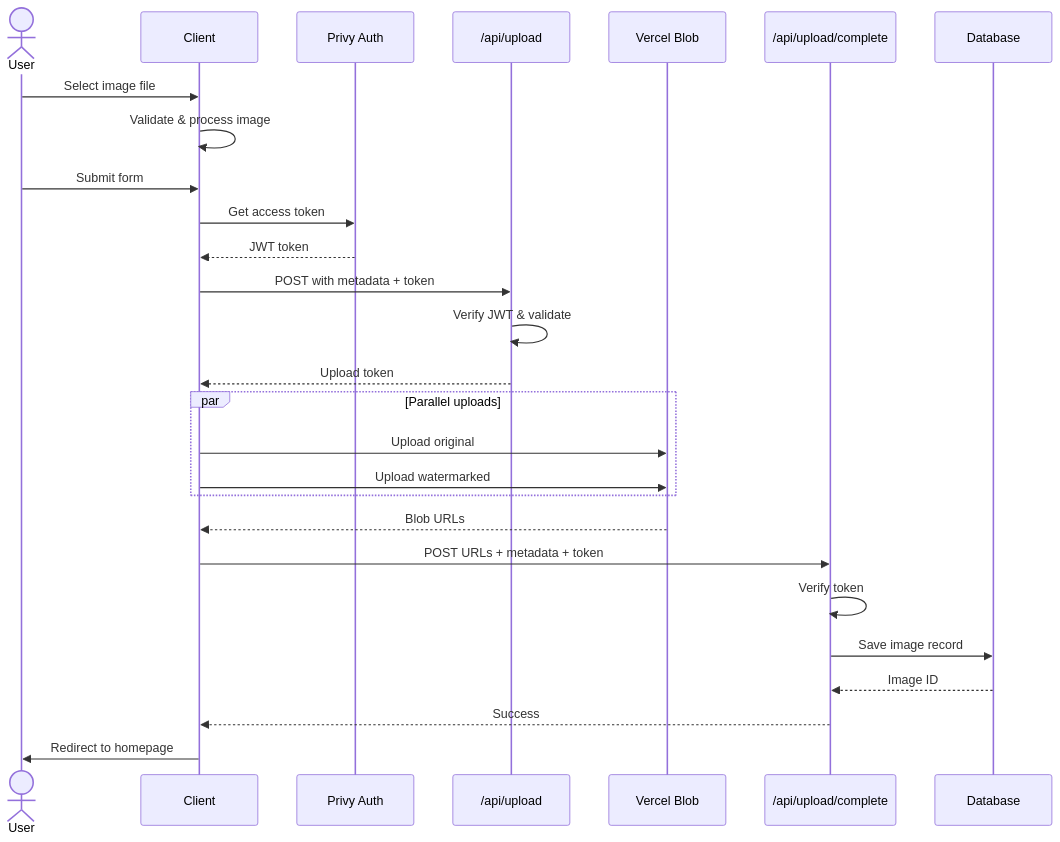
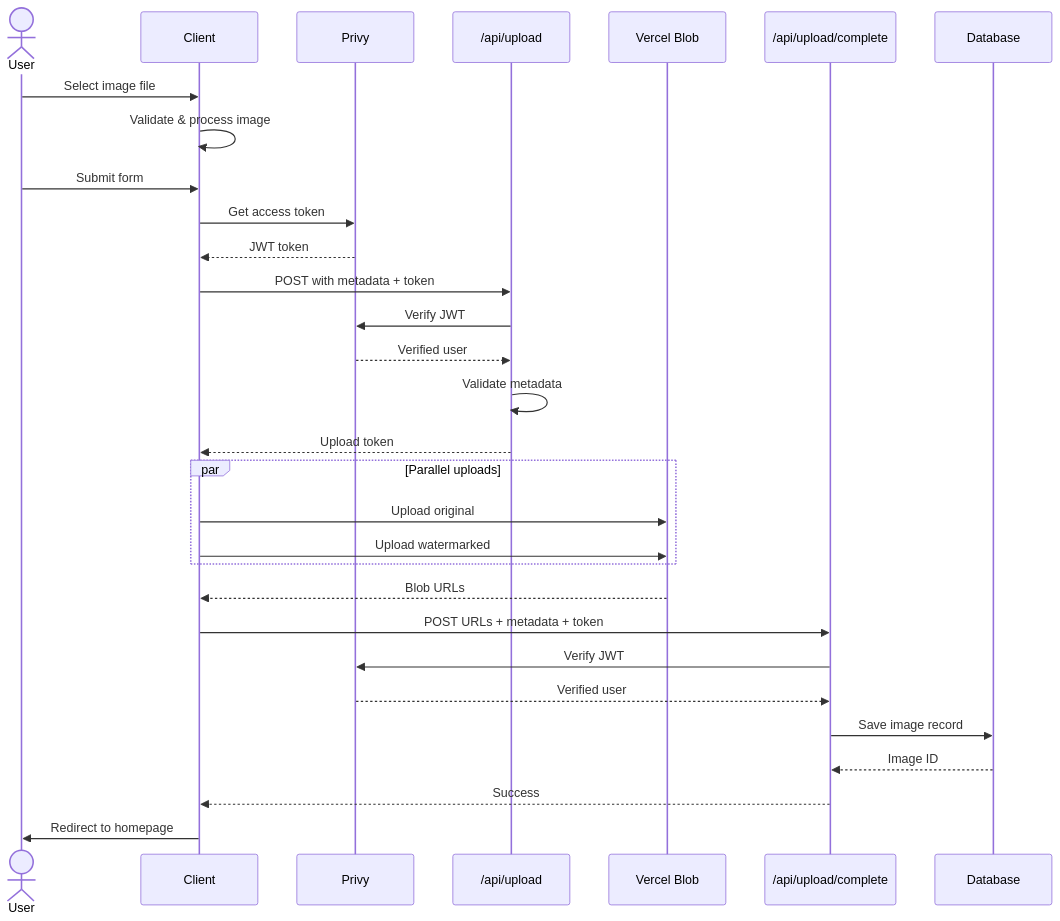
One commit to emiliolanzalaco/lens-llama changed the second of 2 diagrams in README.md. Above: the diagram before and after it, drawn with Mermaid. The commit also changed other lines of this file, not shown here.

Commit message:
docs: show Privy JWT verification and remove auth flow diagram

````diff
--- a/README.md
+++ b/README.md
@@ -50,35 +50,38 @@
 ```mermaid
 sequenceDiagram
     actor User
     participant Client
-    participant Auth as Privy Auth
+    participant Privy
     participant API as /api/upload
     participant Blob as Vercel Blob
     participant Complete as /api/upload/complete
     participant DB as Database
 
     User->>Client: Select image file
     Client->>Client: Validate & process image
 
     User->>Client: Submit form
-    Client->>Auth: Get access token
-    Auth-->>Client: JWT token
+    Client->>Privy: Get access token
+    Privy-->>Client: JWT token
 
     Client->>API: POST with metadata + token
-    API->>API: Verify JWT & validate
+    API->>Privy: Verify JWT
+    Privy-->>API: Verified user
+    API->>API: Validate metadata
     API-->>Client: Upload token
 
     par Parallel uploads
         Client->>Blob: Upload original
         Client->>Blob: Upload watermarked
     end
     Blob-->>Client: Blob URLs
 
     Client->>Complete: POST URLs + metadata + token
-    Complete->>Complete: Verify token
+    Complete->>Privy: Verify JWT
+    Privy-->>Complete: Verified user
     Complete->>DB: Save image record
     DB-->>Complete: Image ID
     Complete-->>Client: Success
 
     Client->>User: Redirect to homepage
 ```
````
